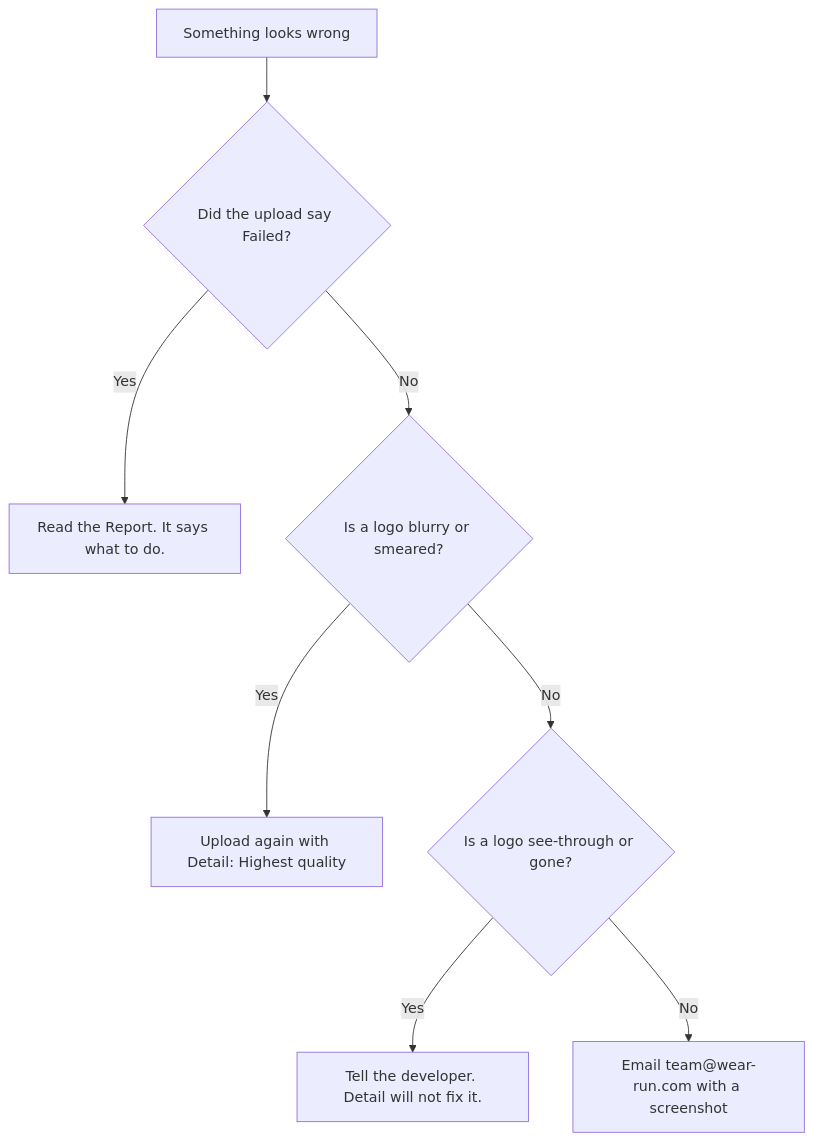
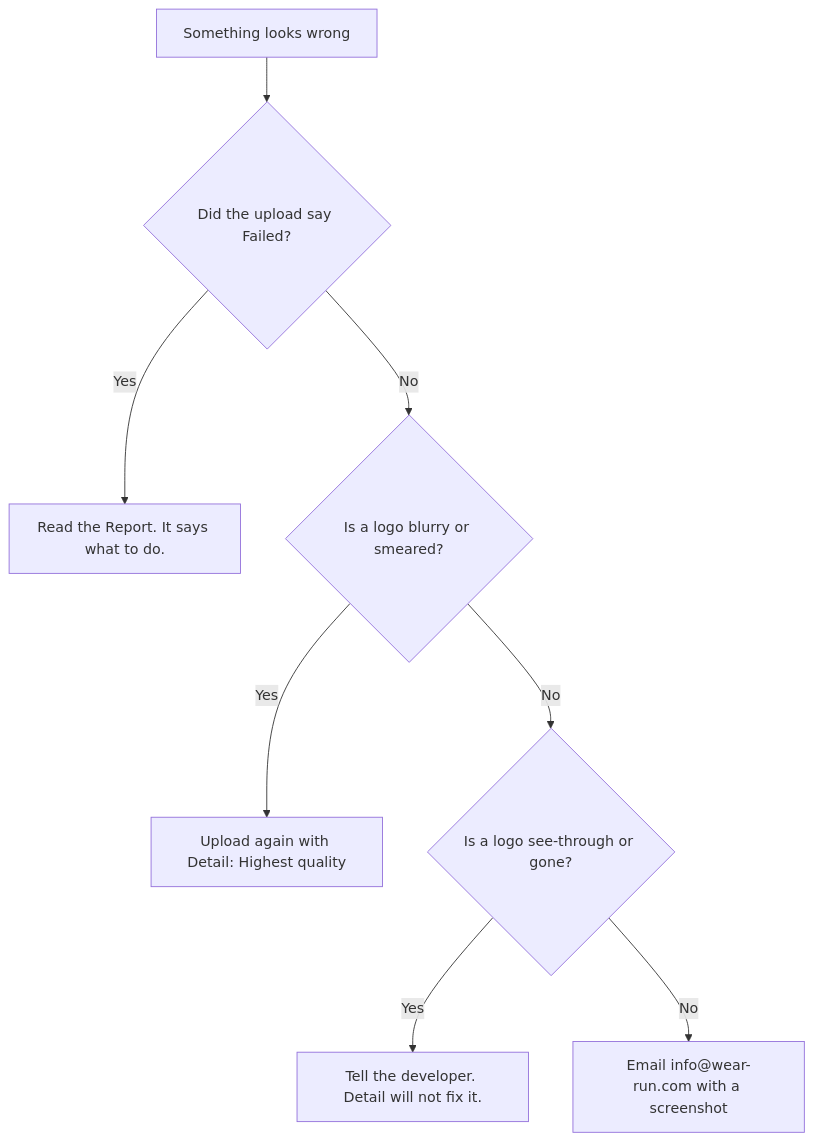
The diagram in docs/guide/when-something-looks-wrong.md (hateem2121/RUN-APPAREL-W.D), drawn with Mermaid before and after one commit. The commit also changed other lines of this file and 40 other files, not shown here.

````diff
--- a/docs/guide/when-something-looks-wrong.md
+++ b/docs/guide/when-something-looks-wrong.md
@@ -9,10 +9,10 @@
 ```mermaid
 flowchart TB
   A["Something looks wrong"] --> B{"Did the upload say Failed?"}
   B -- Yes --> C["Read the Report. It says what to do."]
   B -- No --> D{"Is a logo blurry or smeared?"}
   D -- Yes --> E["Upload again with Detail: Highest quality"]
   D -- No --> F{"Is a logo see-through or gone?"}
   F -- Yes --> G["Tell the developer. Detail will not fix it."]
-  F -- No --> H["Email team@wear-run.com with a screenshot"]
+  F -- No --> H["Email info@wear-run.com with a screenshot"]
 ```
````
